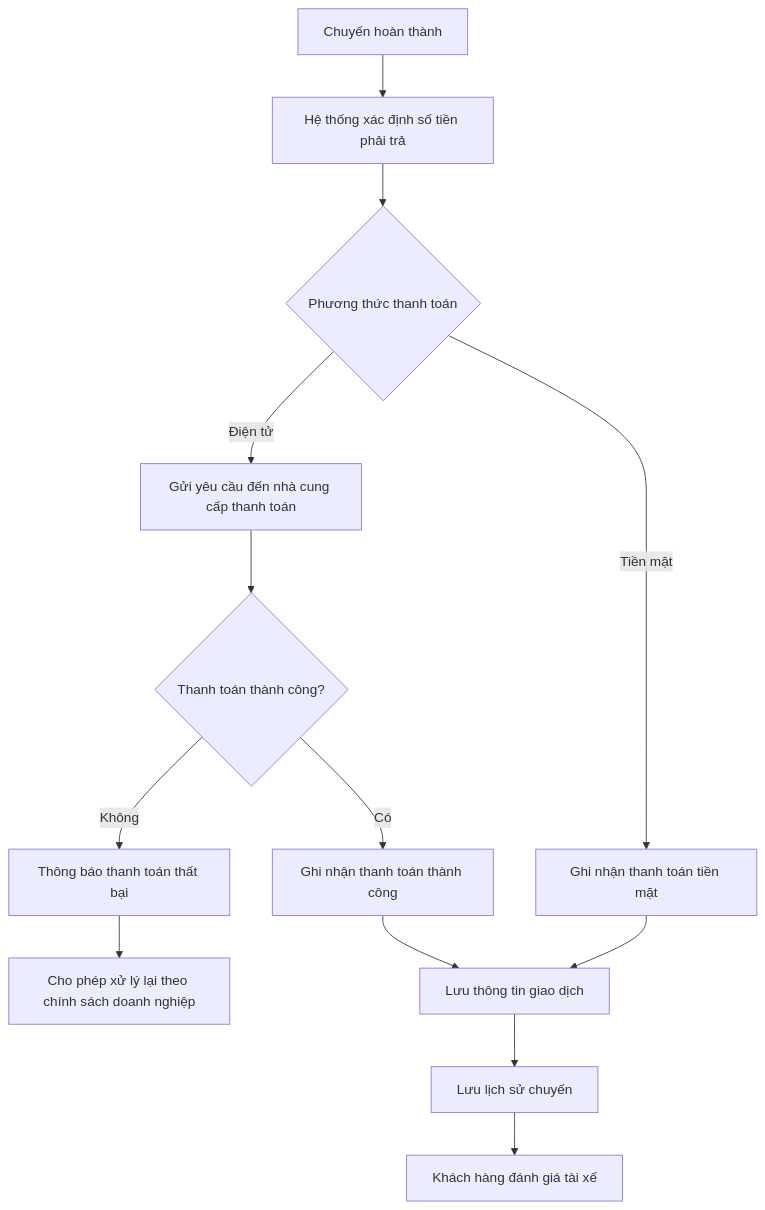
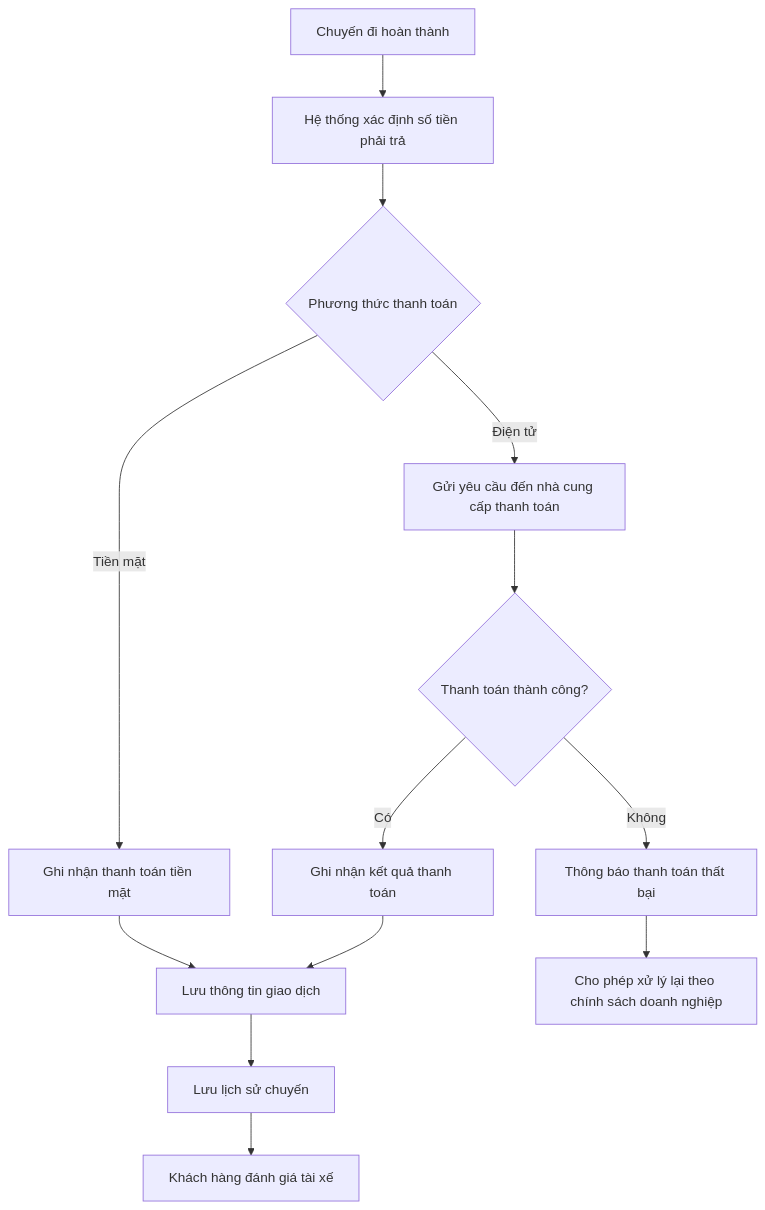
One commit to ngoclinh090608-wq/23707801_Nguyen-Thi-Ngoc-Linh_CABSYSTEM changed the second of 5 diagrams in srs.md. Above: the diagram before and after it, drawn with Mermaid. The commit also changed other lines of this file, not shown here.

````diff
--- a/srs.md
+++ b/srs.md
@@ -136,20 +128,19 @@
 ```mermaid
 flowchart TD
-    A[Chuyến hoàn thành] --> B[Hệ thống xác định số tiền phải trả]
+    A[Chuyến đi hoàn thành] --> B[Hệ thống xác định số tiền phải trả]
     B --> C{Phương thức thanh toán}
 
     C -- Tiền mặt --> D[Ghi nhận thanh toán tiền mặt]
 
     C -- Điện tử --> E[Gửi yêu cầu đến nhà cung cấp thanh toán]
     E --> F{Thanh toán thành công?}
 
-    F -- Không --> G[Thông báo thanh toán thất bại]
-    G --> H[Cho phép xử lý lại theo chính sách doanh nghiệp]
-
-    F -- Có --> I[Ghi nhận thanh toán thành công]
+    F -- Có --> G[Ghi nhận kết quả thanh toán]
+    F -- Không --> H[Thông báo thanh toán thất bại]
+    H --> I[Cho phép xử lý lại theo chính sách doanh nghiệp]
 
     D --> J[Lưu thông tin giao dịch]
-    I --> J
+    G --> J
     J --> K[Lưu lịch sử chuyến]
     K --> L[Khách hàng đánh giá tài xế]
 ```
````
